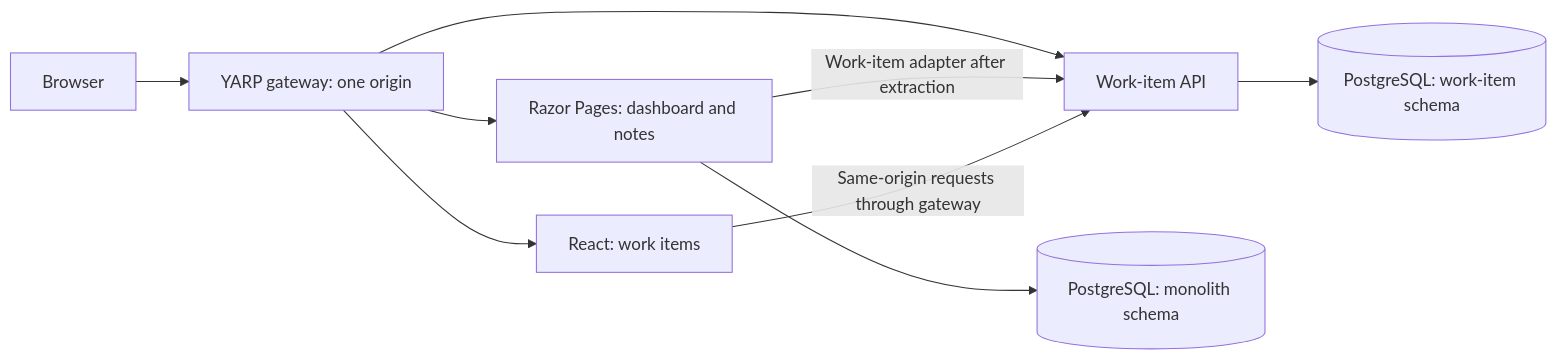
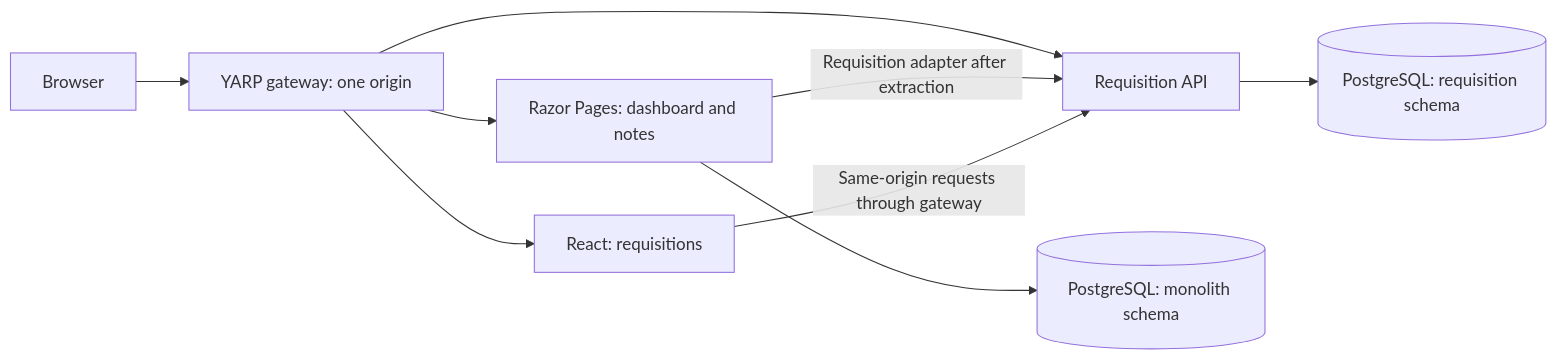
Before and after one commit to junrillg/strangler-fig-razor-react: the diagram in README.md, drawn with Mermaid. The commit also changed other lines of this file and 4 other files, not shown here.

````diff
--- a/README.md
+++ b/README.md
@@ -7,11 +7,11 @@
 ```mermaid
 flowchart LR
     Browser[Browser] --> Gateway[YARP gateway: one origin]
     Gateway --> Legacy[Razor Pages: dashboard and notes]
-    Gateway --> React[React: work items]
-    Gateway --> API[Work-item API]
-    Legacy -->|Work-item adapter after extraction| API
+    Gateway --> React[React: requisitions]
+    Gateway --> API[Requisition API]
+    Legacy -->|Requisition adapter after extraction| API
     Legacy --> LegacyData[(PostgreSQL: monolith schema)]
     React -->|Same-origin requests through gateway| API
-    API --> FeatureData[(PostgreSQL: work-item schema)]
+    API --> FeatureData[(PostgreSQL: requisition schema)]
 ```
````
